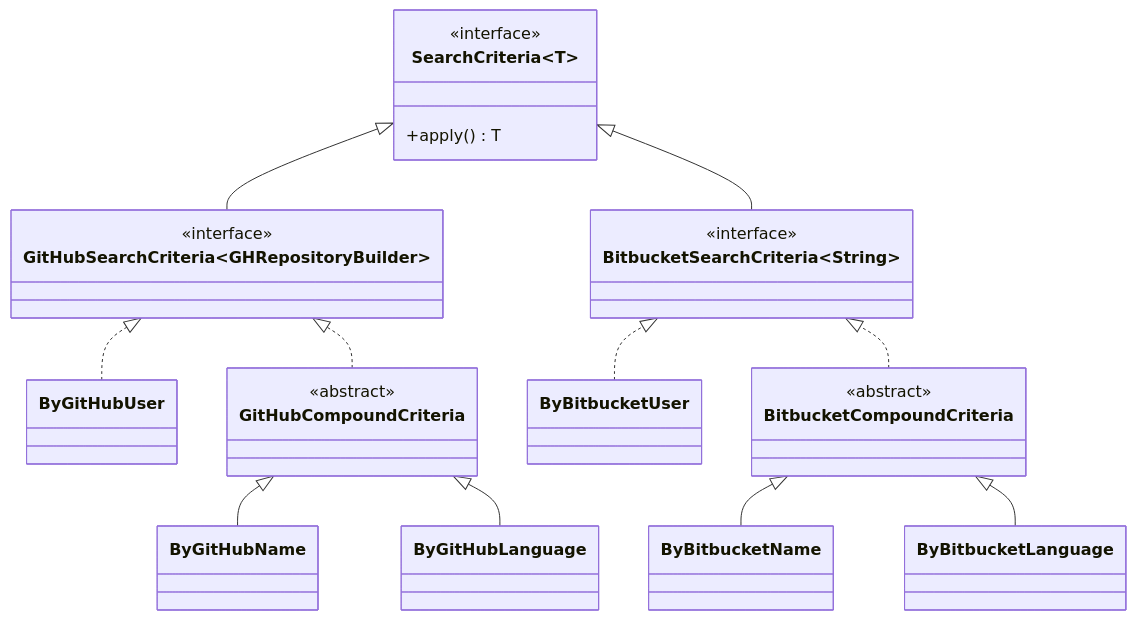
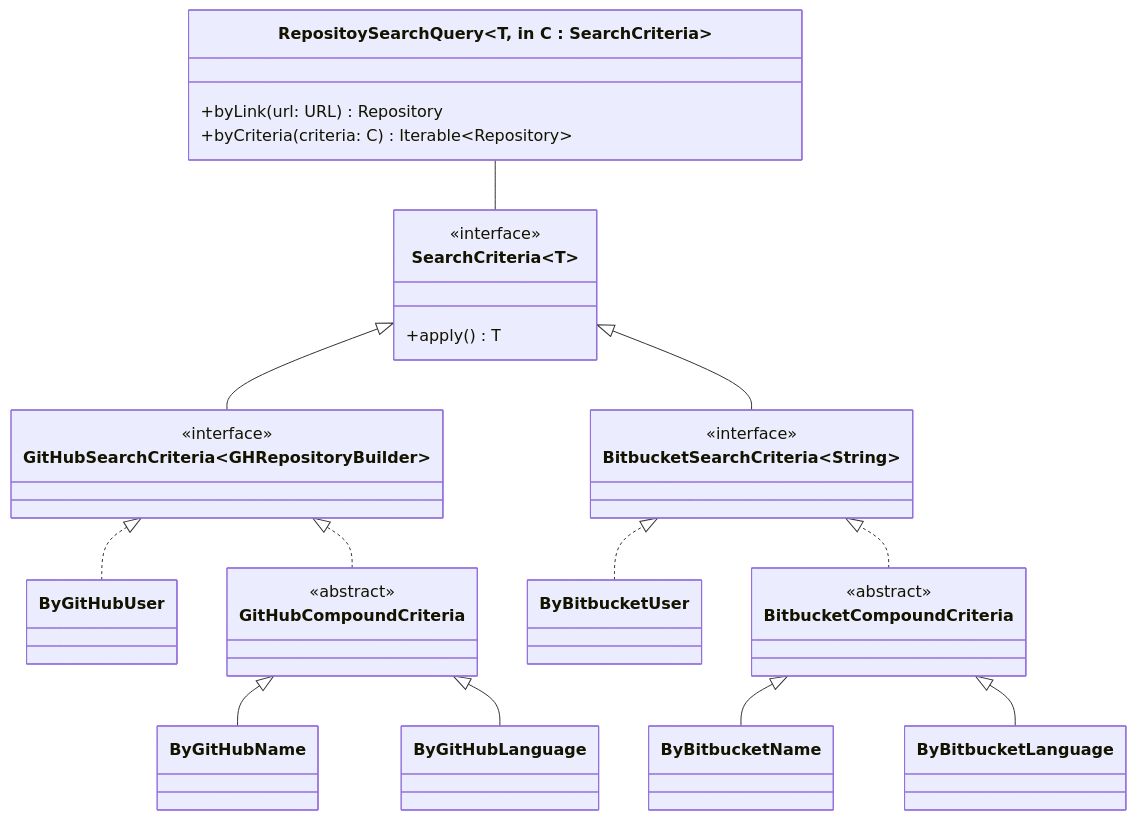
Before and after one commit to tassiLuca/code-plagiarism-detector-doc: the fourth of 7 diagrams in doc.md, drawn with Mermaid. The commit also changed other lines of this file, not shown here.

````diff
--- a/doc.md
+++ b/doc.md
@@ -154,35 +164,42 @@
 ```mermaid
 classDiagram
     direction BT
+    class RepositoySearchQuery~T, in C : SearchCriteria<T>~ {
+        +byLink(url: URL) Repository
+        +byCriteria(criteria: C) Iterable~Repository~
+    }
+
     class SearchCriteria~T~ {
         <<interface>>
         +apply() T
     }
+
+    SearchCriteria -- RepositoySearchQuery
 
     class GitHubSearchCriteria~GHRepositoryBuilder~ {
         <<interface>>
     }
     GitHubSearchCriteria --|> SearchCriteria
     class ByGitHubUser
     ByGitHubUser ..|> GitHubSearchCriteria
     class GitHubCompoundCriteria {
         <<abstract>>
     }
     GitHubCompoundCriteria ..|> GitHubSearchCriteria
     ByGitHubName --|> GitHubCompoundCriteria
     ByGitHubLanguage --|> GitHubCompoundCriteria
 
     class BitbucketSearchCriteria~String~ {
         <<interface>>
     }
     BitbucketSearchCriteria --|> SearchCriteria
     class ByBitbucketUser
     ByBitbucketUser ..|> BitbucketSearchCriteria
     class BitbucketCompoundCriteria {
         <<abstract>>
     }
     BitbucketCompoundCriteria ..|> BitbucketSearchCriteria
     ByBitbucketName --|> BitbucketCompoundCriteria
     ByBitbucketLanguage --|> BitbucketCompoundCriteria
 
 ```
````
